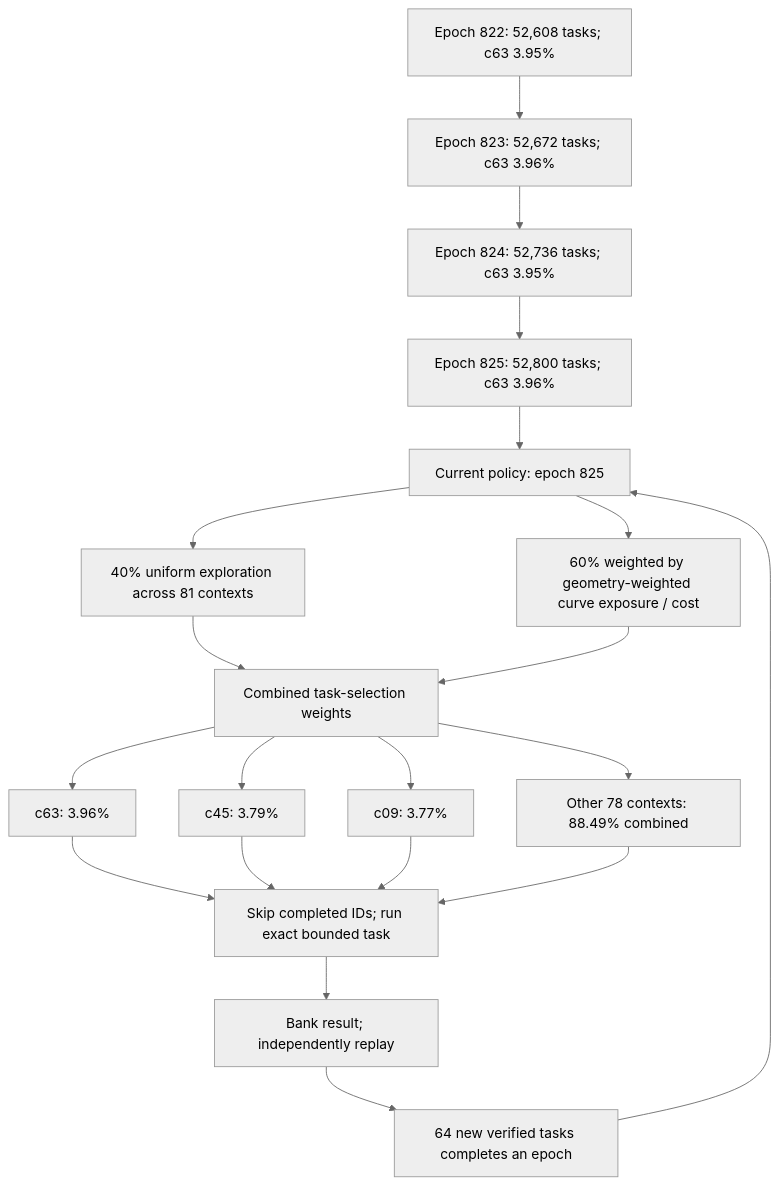
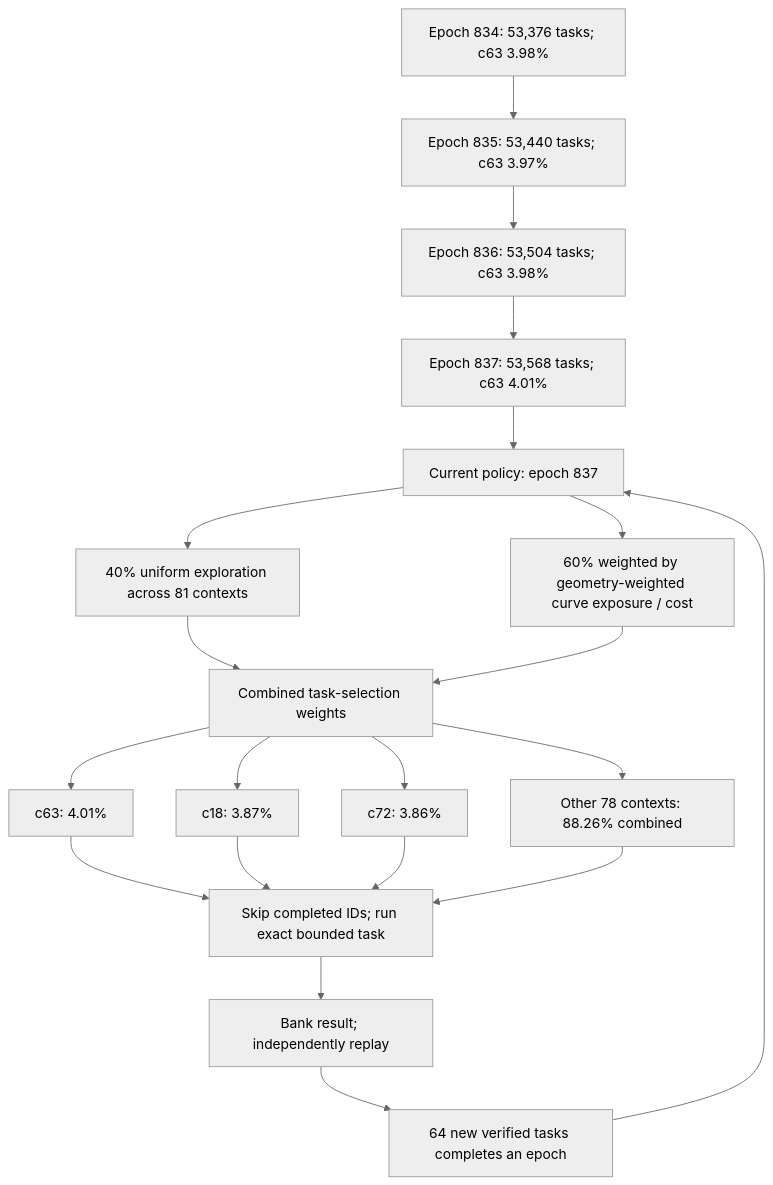
Before and after one commit to Kuberwastaken/math-gambling: the first of 3 diagrams in README.md, drawn with Mermaid (neutral theme). The commit also changed other lines of this file and 1643 other files, not shown here.

````diff
--- a/README.md
+++ b/README.md
@@ -55,27 +55,27 @@
 ```mermaid
 flowchart TD
-    H0["Epoch 822: 52,608 tasks; c63 3.95%"]
-    H1["Epoch 823: 52,672 tasks; c63 3.96%"]
+    H0["Epoch 834: 53,376 tasks; c63 3.98%"]
+    H1["Epoch 835: 53,440 tasks; c63 3.97%"]
     H0 --> H1
-    H2["Epoch 824: 52,736 tasks; c63 3.95%"]
+    H2["Epoch 836: 53,504 tasks; c63 3.98%"]
     H1 --> H2
-    H3["Epoch 825: 52,800 tasks; c63 3.96%"]
+    H3["Epoch 837: 53,568 tasks; c63 4.01%"]
     H2 --> H3
-    Policy["Current policy: epoch 825"]
+    Policy["Current policy: epoch 837"]
     H3 --> Policy
     Policy --> Explore["40% uniform exploration across 81 contexts"]
     Policy --> Cost["60% weighted by geometry-weighted curve exposure / cost"]
     Explore --> Mix["Combined task-selection weights"]
     Cost --> Mix
-    Mix --> C0["c63: 3.96%"]
-    Mix --> C1["c45: 3.79%"]
-    Mix --> C2["c09: 3.77%"]
-    Mix --> Rest["Other 78 contexts: 88.49% combined"]
+    Mix --> C0["c63: 4.01%"]
+    Mix --> C1["c18: 3.87%"]
+    Mix --> C2["c72: 3.86%"]
+    Mix --> Rest["Other 78 contexts: 88.26% combined"]
     C0 --> Check["Skip completed IDs; run exact bounded task"]
     C1 --> Check
     C2 --> Check
     Rest --> Check
     Check --> Replay["Bank result; independently replay"]
     Replay --> Gate["64 new verified tasks completes an epoch"]
     Gate --> Policy
 ```
````
